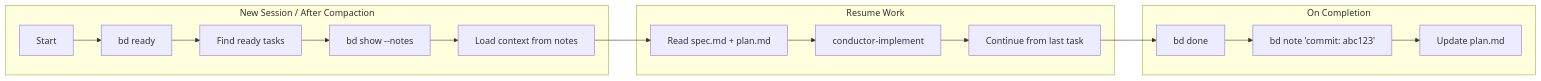
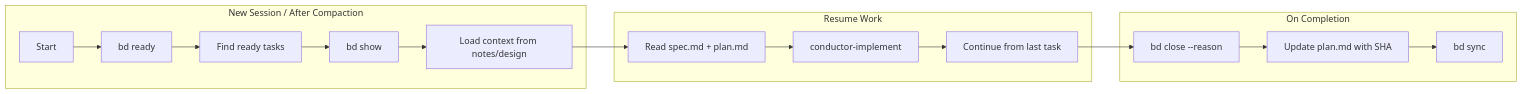
Before and after one commit to NilusvanEdel/Conductor-Beads-Copilot: the second of 2 diagrams in README.md, drawn with Mermaid. The commit also changed other lines of this file and 1 other file, not shown here.

Commit message:
docs: Update README and BEADS_INTEGRATION with correct commands
- Fix bd done -> bd close in all docs
- Add bd sync and bd update --notes to command reference
- Add structured notes format documentation
- Add session end protocol with bd sync
- Update workflow diagrams with correct commands
- Add /conductor-handoff to command mapping

Amp-Thread-ID: https://ampcode.com/threads/T-019b5dee-9a3f-75ff-b56a-e2f29850df7c

````diff
--- a/README.md
+++ b/README.md
@@ -368,21 +370,21 @@
 ```mermaid
 flowchart LR
     subgraph NEW_SESSION[New Session / After Compaction]
         A[Start] --> B["bd ready"]
         B --> C[Find ready tasks]
-        C --> D["bd show <id> --notes"]
-        D --> E[Load context from notes]
+        C --> D["bd show <id>"]
+        D --> E[Load context from notes/design]
     end
 
     subgraph RESUME[Resume Work]
         E --> F[Read spec.md + plan.md]
         F --> G["conductor-implement"]
         G --> H[Continue from last task]
     end
 
     subgraph COMPLETE[On Completion]
-        H --> I["bd done <id>"]
-        I --> J["bd note <id> 'commit: abc123'"]
-        J --> K[Update plan.md]
+        H --> I["bd close <id> --reason"]
+        I --> J[Update plan.md with SHA]
+        J --> K["bd sync"]
     end
 ```
````
